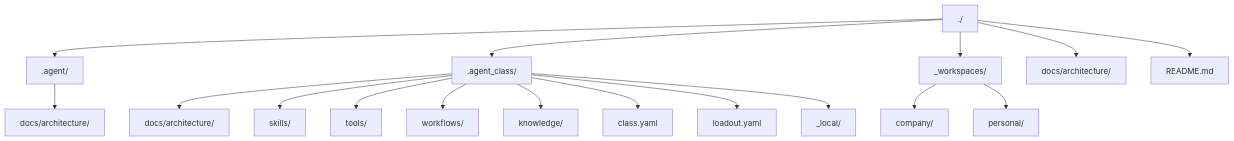
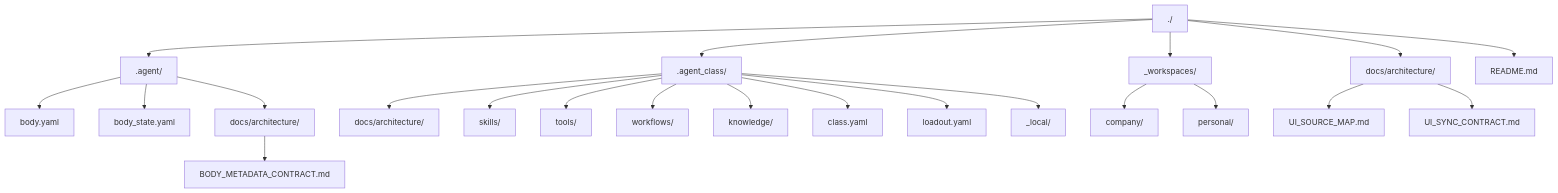
Before and after one commit to SungYongMOON/soulforge: the diagram in docs/architecture/TARGET_TREE.md, drawn with Mermaid. The commit also changed other lines of this file and 17 other files, not shown here.

````diff
--- a/docs/architecture/TARGET_TREE.md
+++ b/docs/architecture/TARGET_TREE.md
@@ -5,19 +5,24 @@
 ```mermaid
 flowchart TD
   Root["./"] --> A[".agent/"]
   Root --> C[".agent_class/"]
   Root --> W["_workspaces/"]
   Root --> D["docs/architecture/"]
   Root --> R["README.md"]
+  A --> AY["body.yaml"]
+  A --> AS["body_state.yaml"]
   A --> AD["docs/architecture/"]
+  AD --> AB["BODY_METADATA_CONTRACT.md"]
   C --> CD["docs/architecture/"]
   C --> SK["skills/"]
   C --> TL["tools/"]
   C --> WF["workflows/"]
   C --> KN["knowledge/"]
   C --> CY["class.yaml"]
   C --> LY["loadout.yaml"]
   C --> CL["_local/"]
   W --> WC["company/"]
   W --> WP["personal/"]
+  D --> DS["UI_SOURCE_MAP.md"]
+  D --> DC["UI_SYNC_CONTRACT.md"]
 ```
````
